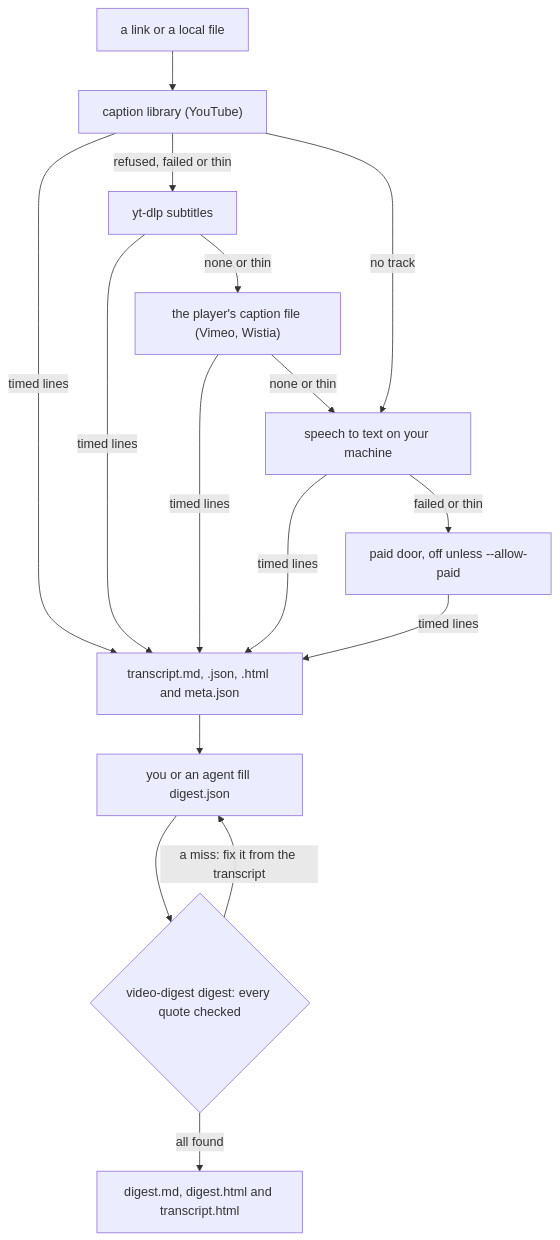
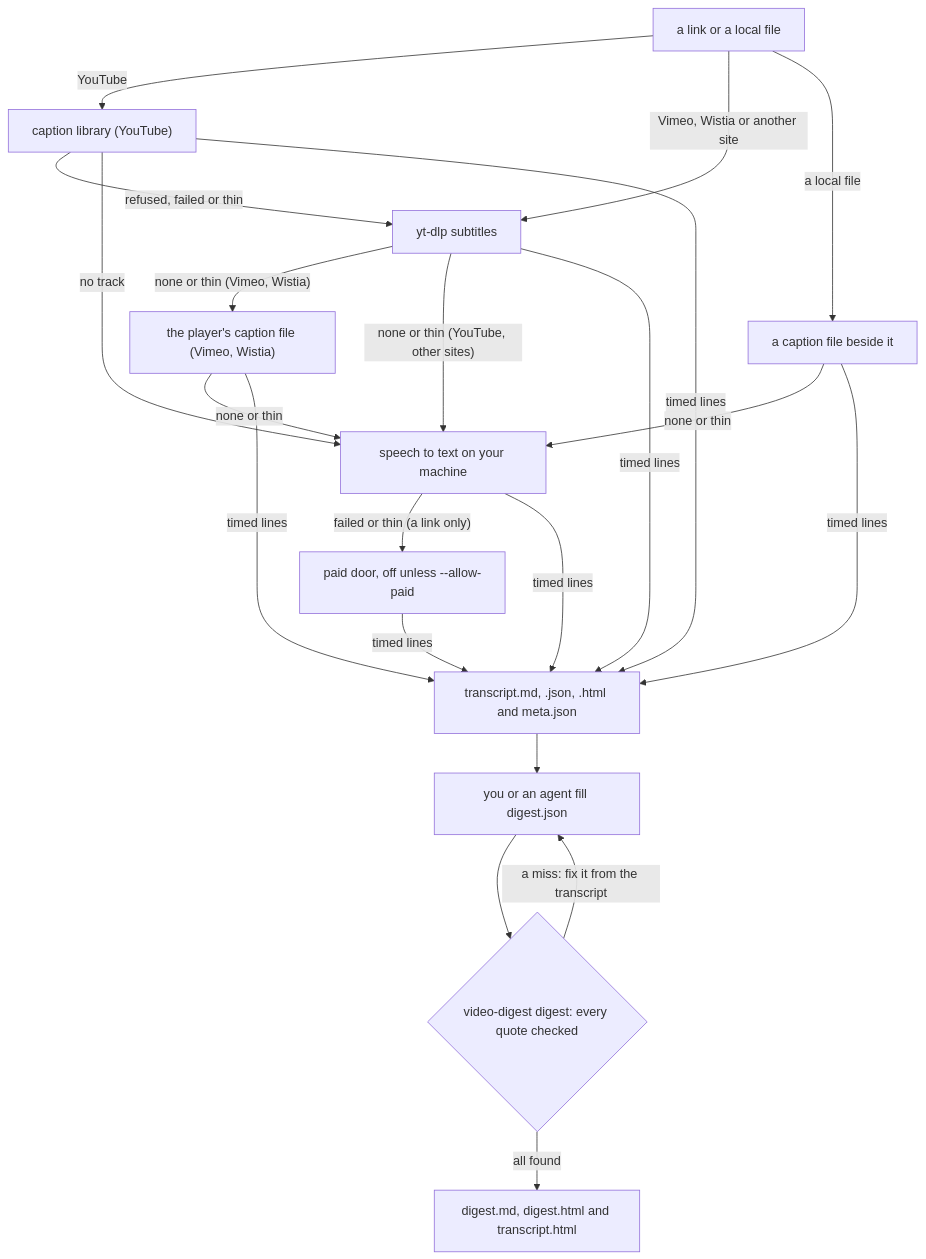
The diagram in README.md (RobBrautigam/video-digest), drawn with Mermaid before and after one commit. The commit also changed 9 other files, not shown here.

First line of the commit message:
fix: speech run label, draft kinds, install hint and paid door order (#5)

````diff
--- a/README.md
+++ b/README.md
@@ -128,14 +128,19 @@
 ```mermaid
 flowchart TD
-    S["a link or a local file"] --> Y["caption library (YouTube)"]
+    S["a link or a local file"] -->|"YouTube"| Y["caption library (YouTube)"]
+    S -->|"Vimeo, Wistia or another site"| D["yt-dlp subtitles"]
+    S -->|"a local file"| F["a caption file beside it"]
     Y -->|"refused, failed or thin"| D["yt-dlp subtitles"]
-    D -->|"none or thin"| P["the player's caption file (Vimeo, Wistia)"]
+    D -->|"none or thin (Vimeo, Wistia)"| P["the player's caption file (Vimeo, Wistia)"]
+    D -->|"none or thin (YouTube, other sites)"| W
+    F -->|"none or thin"| W
+    F -->|"timed lines"| T
     P -->|"none or thin"| W["speech to text on your machine"]
     Y -->|"no track"| W
-    W -->|"failed or thin"| X["paid door, off unless --allow-paid"]
+    W -->|"failed or thin (a link only)"| X["paid door, off unless --allow-paid"]
     Y & D & P & W & X -->|"timed lines"| T["transcript.md, .json, .html and meta.json"]
     T --> G["you or an agent fill digest.json"]
     G --> C{"video-digest digest: every quote checked"}
     C -->|"a miss: fix it from the transcript"| G
     C -->|"all found"| H["digest.md, digest.html and transcript.html"]
 ```
````
